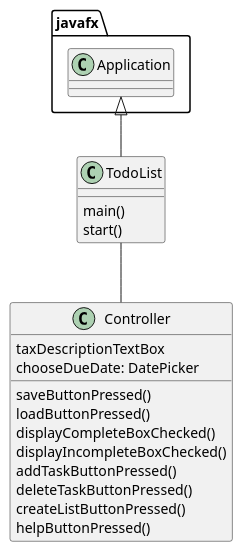
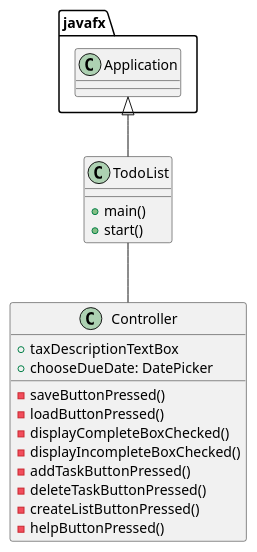
Before and after one commit to Kmullens1/mullens-cop3330-assignment4part2: the diagram in uml/PlantUML.puml, drawn with PlantUML. The commit also changed 3 other files, not shown here.

```diff
--- a/uml/PlantUML.puml
+++ b/uml/PlantUML.puml
@@ -1,27 +1,27 @@
 @startuml
 'https://plantuml.com/class-diagram
 
 class TodoList {
-    main()
-    start()
+    +main()
+    +start()
 }
 
 class Controller{
-    taxDescriptionTextBox
-    chooseDueDate: DatePicker
+    +taxDescriptionTextBox
+    +chooseDueDate: DatePicker
 
-    saveButtonPressed()
-    loadButtonPressed()
-    displayCompleteBoxChecked()
-    displayIncompleteBoxChecked()
-    addTaskButtonPressed()
-    deleteTaskButtonPressed()
-    createListButtonPressed()
-    helpButtonPressed()
+    -saveButtonPressed()
+    -loadButtonPressed()
+    -displayCompleteBoxChecked()
+    -displayIncompleteBoxChecked()
+    -addTaskButtonPressed()
+    -deleteTaskButtonPressed()
+    -createListButtonPressed()
+    -helpButtonPressed()
 }
 
 javafx.Application <|-- TodoList
 
 TodoList -- Controller
 
 @enduml
```
